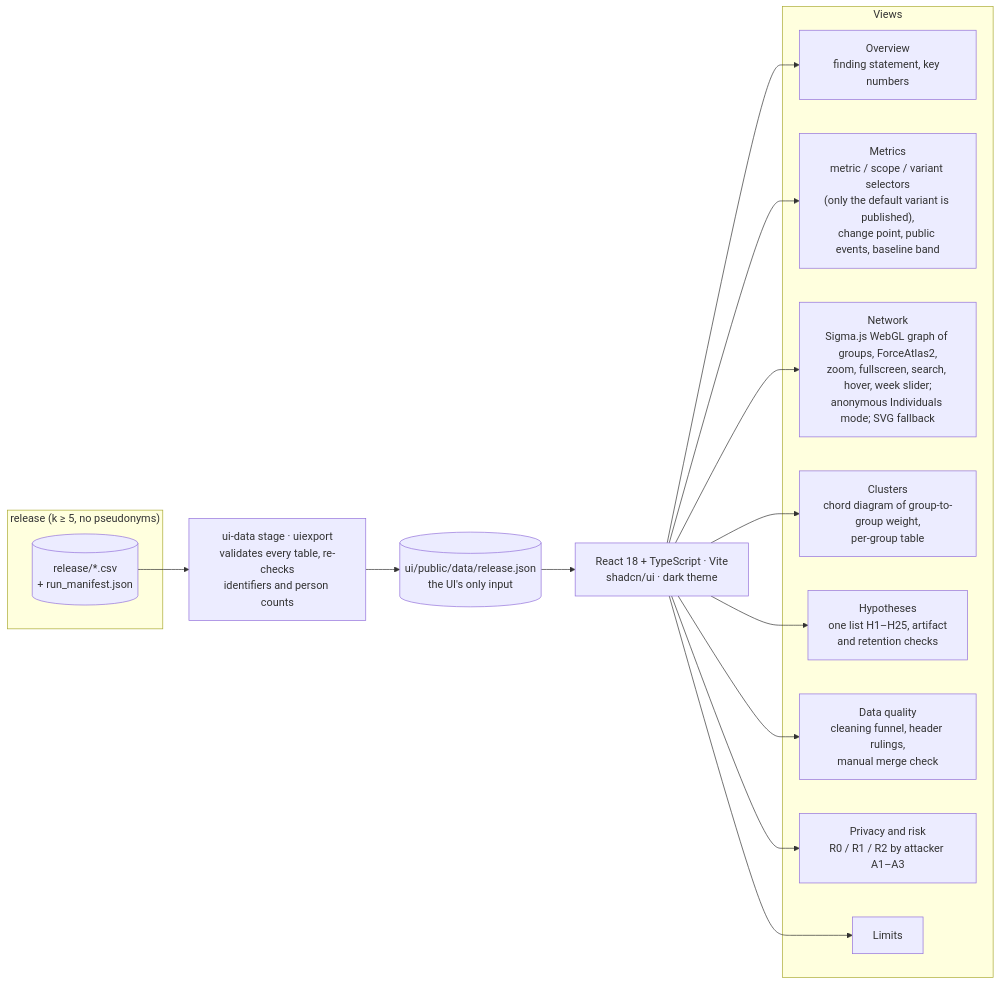
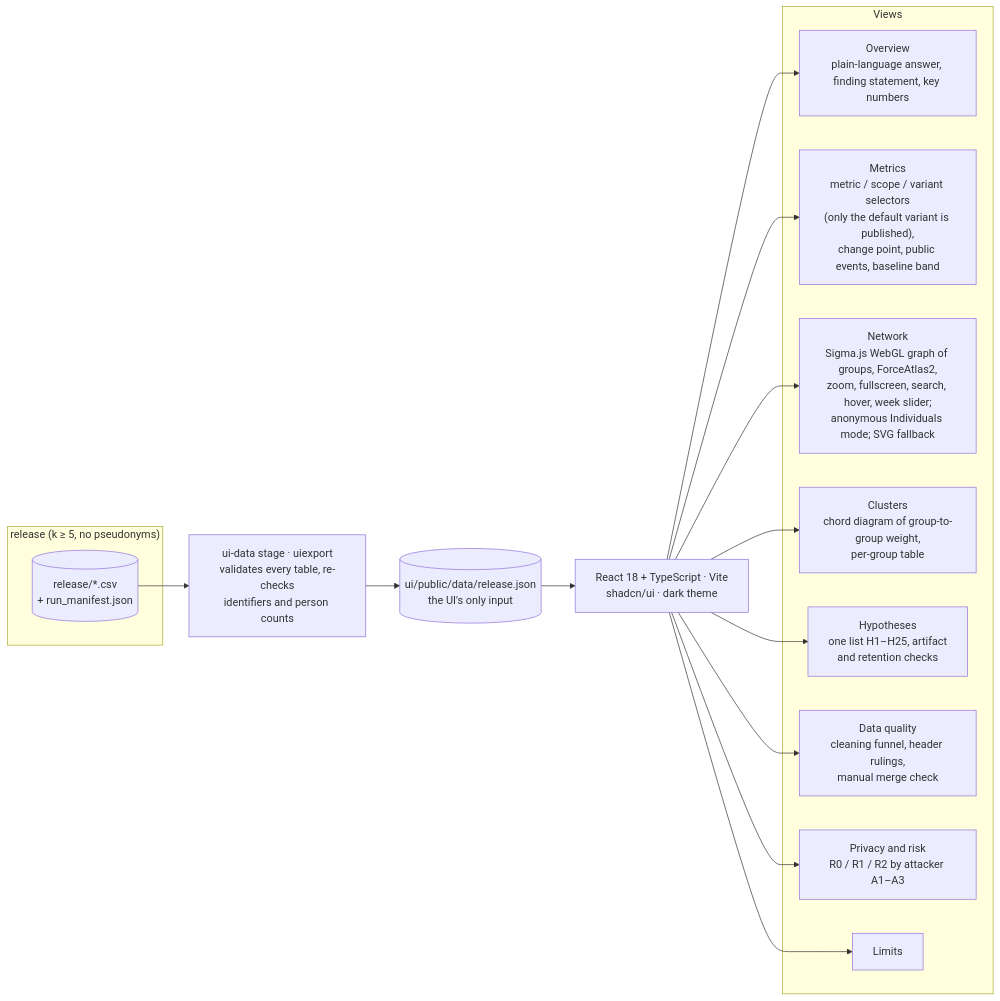
The sixth of 6 diagrams in docs/architecture.md (marcusvieira88/network-science), drawn with Mermaid before and after one commit. The commit also changed 15 other files, not shown here.

First line of the commit message:
UI: plain-language answers for non-specialist readers

````diff
--- a/docs/architecture.md
+++ b/docs/architecture.md
@@ -230,20 +230,20 @@
 ```mermaid
 flowchart LR
     subgraph REL["release (k ≥ 5, no pseudonyms)"]
         T8[(release/*.csv<br/>+ run_manifest.json)]
     end
     T8 --> S10[ui-data stage · uiexport<br/>validates every table, re-checks<br/>identifiers and person counts]
     S10 --> J[(ui/public/data/release.json<br/>the UI's only input)]
     J --> APP[React 18 + TypeScript · Vite<br/>shadcn/ui · dark theme]
     subgraph Views
-        V1[Overview<br/>finding statement, key numbers]
+        V1[Overview<br/>plain-language answer, finding statement, key numbers]
         V2["Metrics<br/>metric / scope / variant selectors<br/>(only the default variant is published),<br/>change point, public events, baseline band"]
         V3[Network<br/>Sigma.js WebGL graph of groups, ForceAtlas2,<br/>zoom, fullscreen, search, hover, week slider;<br/>anonymous Individuals mode; SVG fallback]
         V4[Clusters<br/>chord diagram of group-to-group weight,<br/>per-group table]
         V5[Hypotheses<br/>one list H1–H25, artifact<br/>and retention checks]
         V6[Data quality<br/>cleaning funnel, header rulings,<br/>manual merge check]
         V7[Privacy and risk<br/>R0 / R1 / R2 by attacker A1–A3]
         V8[Limits]
     end
     APP --> V1 & V2 & V3 & V4 & V5 & V6 & V7 & V8
 ```
````
